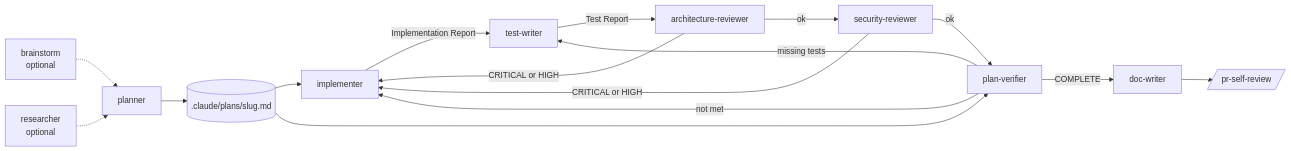
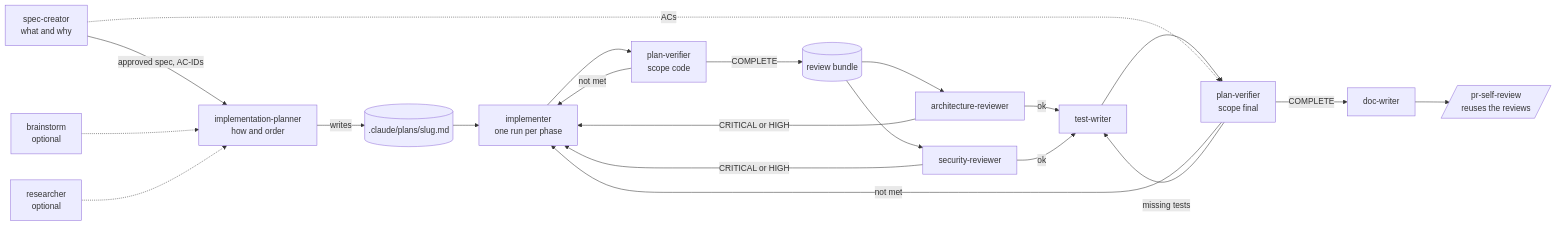
Before and after one commit to Sotvorenniy/dev-digest: the diagram in .claude/agents/README.md, drawn with Mermaid. The commit also changed other lines of this file and 306 other files, not shown here.

````diff
--- a/.claude/agents/README.md
+++ b/.claude/agents/README.md
@@ -24,18 +25,23 @@
 ```mermaid
 flowchart LR
-  B[brainstorm<br/>optional] -.-> P[planner]
+  SC[spec-creator<br/>what and why] -->|approved spec, AC-IDs| P[implementation-planner<br/>how and order]
+  B[brainstorm<br/>optional] -.-> P
   R[researcher<br/>optional] -.-> P
-  P --> PL[(.claude/plans/slug.md)]
-  PL --> I[implementer]
-  I -->|Implementation Report| T[test-writer]
-  T -->|Test Report| A[architecture-reviewer]
+  P -->|writes| PL[(.claude/plans/slug.md)]
+  PL --> I[implementer<br/>one run per phase]
+  I --> VC[plan-verifier<br/>scope code]
+  VC -->|not met| I
+  VC -->|COMPLETE| BU[(review bundle)]
+  BU --> A[architecture-reviewer]
+  BU --> S[security-reviewer]
   A -->|CRITICAL or HIGH| I
-  A -->|ok| S[security-reviewer]
   S -->|CRITICAL or HIGH| I
-  S -->|ok| V[plan-verifier]
-  PL --> V
-  V -->|not met| I
-  V -->|missing tests| T
-  V -->|COMPLETE| W[doc-writer]
-  W --> G[/pr-self-review/]
+  A -->|ok| T[test-writer]
+  S -->|ok| T
+  T --> VF[plan-verifier<br/>scope final]
+  SC -.->|ACs| VF
+  VF -->|not met| I
+  VF -->|missing tests| T
+  VF -->|COMPLETE| W[doc-writer]
+  W --> G[/pr-self-review<br/>reuses the reviews/]
 ```
````
